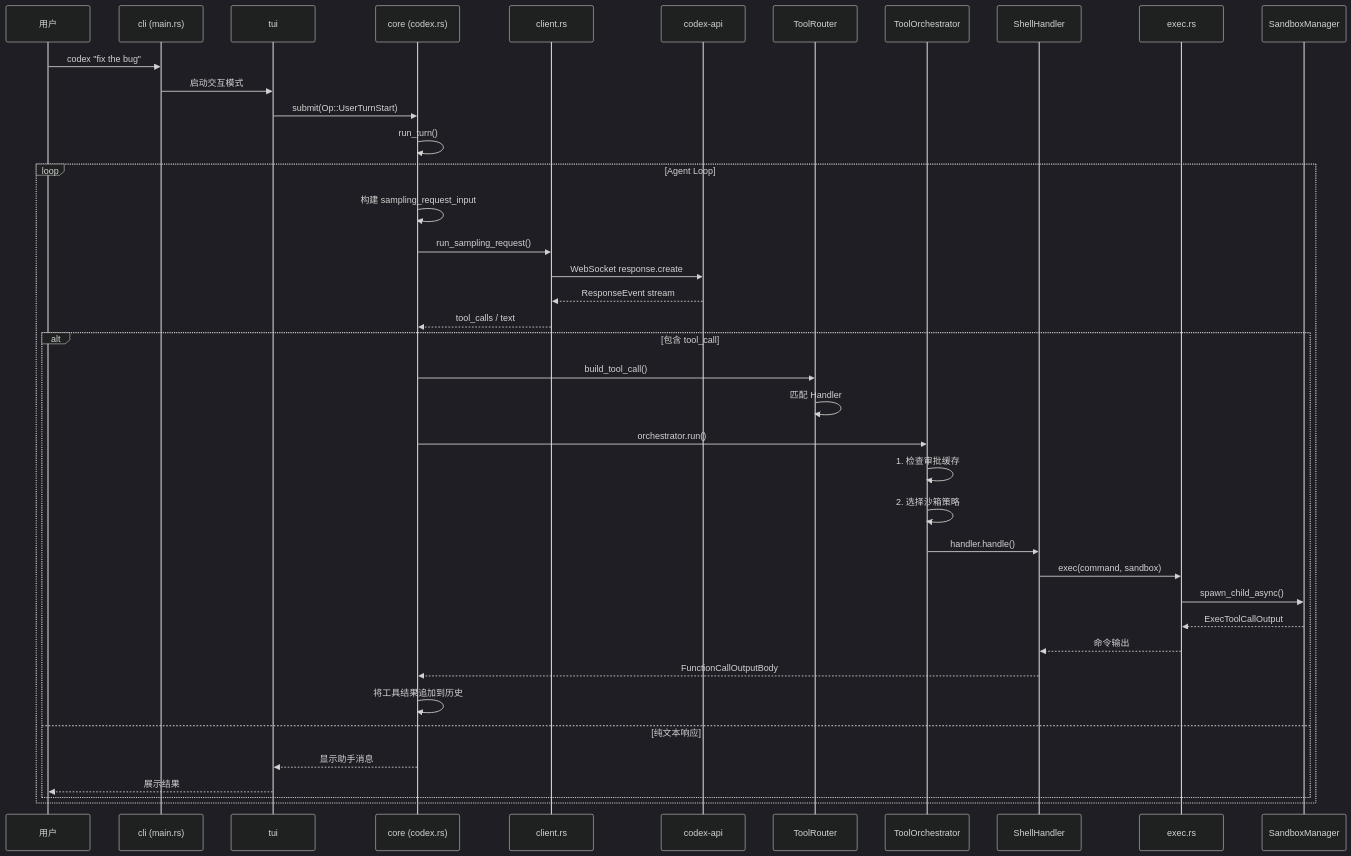
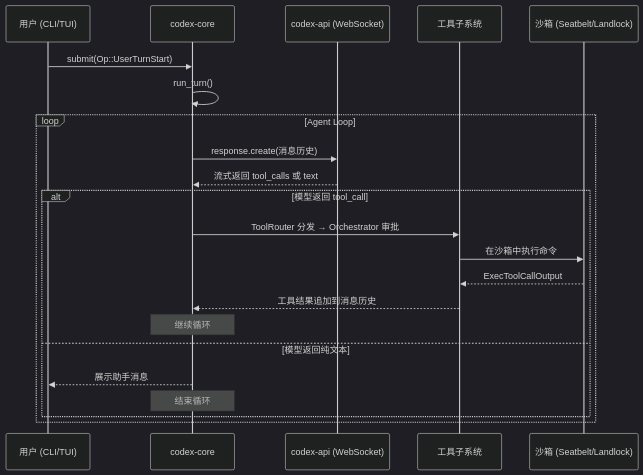
Before and after one commit to renlulu/renlulu.github.io: the second of 3 diagrams in _posts/2026-02-22-codex-rust-crate-architecture.md, drawn with Mermaid (dark theme).

Commit message:
fix(blog): Simplify agent loop sequence diagram for readability
Reduce participants from 10 to 5 so the diagram renders at a readable
size on standard screens.

````diff
--- a/_posts/2026-02-22-codex-rust-crate-architecture.md
+++ b/_posts/2026-02-22-codex-rust-crate-architecture.md
@@ -161,45 +161,27 @@
 ```mermaid
 sequenceDiagram
-    participant User as 用户
-    participant CLI as cli (main.rs)
-    participant TUI as tui
-    participant Core as core (codex.rs)
-    participant Client as client.rs
-    participant API as codex-api
-    participant Router as ToolRouter
-    participant Orch as ToolOrchestrator
-    participant Handler as ShellHandler
-    participant Exec as exec.rs
-    participant Sandbox as SandboxManager
+    participant User as 用户 (CLI/TUI)
+    participant Core as codex-core
+    participant API as codex-api (WebSocket)
+    participant Tools as 工具子系统
+    participant Sandbox as 沙箱 (Seatbelt/Landlock)
 
-    User->>CLI: codex "fix the bug"
-    CLI->>TUI: 启动交互模式
-    TUI->>Core: submit(Op::UserTurnStart)
+    User->>Core: submit(Op::UserTurnStart)
     Core->>Core: run_turn()
 
     loop Agent Loop
-        Core->>Core: 构建 sampling_request_input
-        Core->>Client: run_sampling_request()
-        Client->>API: WebSocket response.create
-        API-->>Client: ResponseEvent stream
-        Client-->>Core: tool_calls / text
+        Core->>API: response.create(消息历史)
+        API-->>Core: 流式返回 tool_calls 或 text
 
-        alt 包含 tool_call
-            Core->>Router: build_tool_call()
-            Router->>Router: 匹配 Handler
-            Core->>Orch: orchestrator.run()
-            Orch->>Orch: 1. 检查审批缓存
-            Orch->>Orch: 2. 选择沙箱策略
-            Orch->>Handler: handler.handle()
-            Handler->>Exec: exec(command, sandbox)
-            Exec->>Sandbox: spawn_child_async()
-            Sandbox-->>Exec: ExecToolCallOutput
-            Exec-->>Handler: 命令输出
-            Handler-->>Core: FunctionCallOutputBody
-            Core->>Core: 将工具结果追加到历史
-        else 纯文本响应
-            Core-->>TUI: 显示助手消息
-            TUI-->>User: 展示结果
+        alt 模型返回 tool_call
+            Core->>Tools: ToolRouter 分发 → Orchestrator 审批
+            Tools->>Sandbox: 在沙箱中执行命令
+            Sandbox-->>Tools: ExecToolCallOutput
+            Tools-->>Core: 工具结果追加到消息历史
+            Note over Core: 继续循环
+        else 模型返回纯文本
+            Core-->>User: 展示助手消息
+            Note over Core: 结束循环
         end
     end
 ```
````
